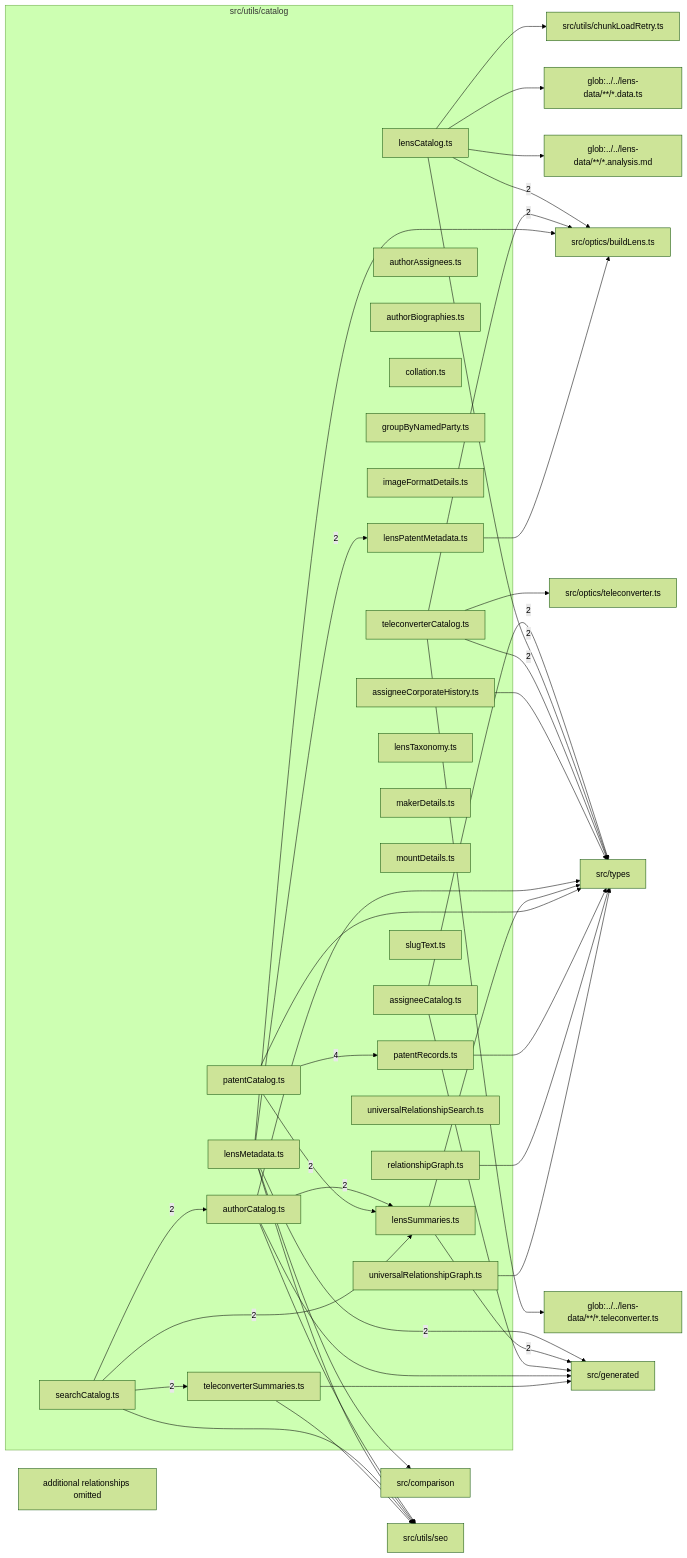
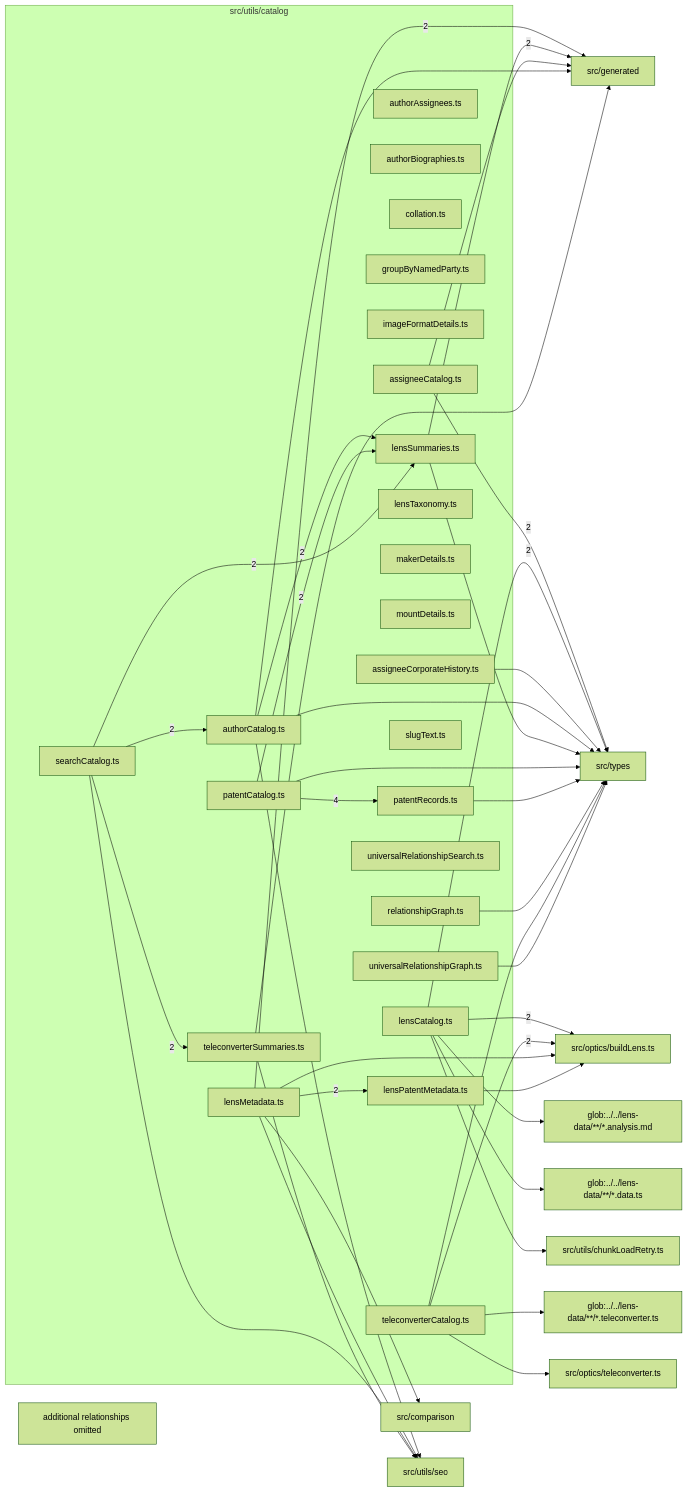
The diagram in src/utils/catalog/readme.md (ronbuening/LensVisualizer), drawn with Mermaid (forest theme) before and after one commit. The commit also changed other lines of this file and 131 other files, not shown here.

````diff
--- a/src/utils/catalog/readme.md
+++ b/src/utils/catalog/readme.md
@@ -9,76 +9,76 @@
 ```mermaid
 flowchart LR
   subgraph n_src_utils_catalog["src/utils/catalog"]
     n_src_utils_catalog_src_utils_catalog_assigneeCatalog_ts["assigneeCatalog.ts"]
     n_src_utils_catalog_src_utils_catalog_assigneeCorporateHistory_ts["assigneeCorporateHistory.ts"]
     n_src_utils_catalog_src_utils_catalog_authorAssignees_ts["authorAssignees.ts"]
     n_src_utils_catalog_src_utils_catalog_authorBiographies_ts["authorBiographies.ts"]
     n_src_utils_catalog_src_utils_catalog_authorCatalog_ts["authorCatalog.ts"]
     n_src_utils_catalog_src_utils_catalog_collation_ts["collation.ts"]
     n_src_utils_catalog_src_utils_catalog_groupByNamedParty_ts["groupByNamedParty.ts"]
     n_src_utils_catalog_src_utils_catalog_imageFormatDetails_ts["imageFormatDetails.ts"]
     n_src_utils_catalog_src_utils_catalog_lensCatalog_ts["lensCatalog.ts"]
     n_src_utils_catalog_src_utils_catalog_lensMetadata_ts["lensMetadata.ts"]
     n_src_utils_catalog_src_utils_catalog_lensPatentMetadata_ts["lensPatentMetadata.ts"]
     n_src_utils_catalog_src_utils_catalog_lensSummaries_ts["lensSummaries.ts"]
     n_src_utils_catalog_src_utils_catalog_lensTaxonomy_ts["lensTaxonomy.ts"]
     n_src_utils_catalog_src_utils_catalog_makerDetails_ts["makerDetails.ts"]
     n_src_utils_catalog_src_utils_catalog_mountDetails_ts["mountDetails.ts"]
     n_src_utils_catalog_src_utils_catalog_patentCatalog_ts["patentCatalog.ts"]
     n_src_utils_catalog_src_utils_catalog_patentRecords_ts["patentRecords.ts"]
     n_src_utils_catalog_src_utils_catalog_relationshipGraph_ts["relationshipGraph.ts"]
     n_src_utils_catalog_src_utils_catalog_searchCatalog_ts["searchCatalog.ts"]
     n_src_utils_catalog_src_utils_catalog_slugText_ts["slugText.ts"]
     n_src_utils_catalog_src_utils_catalog_teleconverterCatalog_ts["teleconverterCatalog.ts"]
     n_src_utils_catalog_src_utils_catalog_teleconverterSummaries_ts["teleconverterSummaries.ts"]
     n_src_utils_catalog_src_utils_catalog_universalRelationshipGraph_ts["universalRelationshipGraph.ts"]
     n_src_utils_catalog_src_utils_catalog_universalRelationshipSearch_ts["universalRelationshipSearch.ts"]
   end
   n_external_src_generated["src/generated"]
   n_external_src_optics_buildLens_ts["src/optics/buildLens.ts"]
   n_external_src_types["src/types"]
   n_external_glob_______lens_data______analysis_md["glob:../../lens-data/**/*.analysis.md"]
   n_external_glob_______lens_data______data_ts["glob:../../lens-data/**/*.data.ts"]
   n_external_glob_______lens_data______teleconverter_ts["glob:../../lens-data/**/*.teleconverter.ts"]
   n_external_src_comparison["src/comparison"]
   n_external_src_optics_teleconverter_ts["src/optics/teleconverter.ts"]
   n_external_src_utils_chunkLoadRetry_ts["src/utils/chunkLoadRetry.ts"]
   n_external_src_utils_seo["src/utils/seo"]
   n_src_utils_catalog_src_utils_catalog_patentCatalog_ts --> |4| n_src_utils_catalog_src_utils_catalog_patentRecords_ts
   n_src_utils_catalog_src_utils_catalog_lensMetadata_ts --> |2| n_external_src_generated
   n_src_utils_catalog_src_utils_catalog_lensSummaries_ts --> |2| n_external_src_generated
   n_src_utils_catalog_src_utils_catalog_lensCatalog_ts --> |2| n_external_src_optics_buildLens_ts
   n_src_utils_catalog_src_utils_catalog_teleconverterCatalog_ts --> |2| n_external_src_optics_buildLens_ts
   n_src_utils_catalog_src_utils_catalog_assigneeCatalog_ts --> |2| n_external_src_types
   n_src_utils_catalog_src_utils_catalog_lensCatalog_ts --> |2| n_external_src_types
-  n_src_utils_catalog_src_utils_catalog_teleconverterCatalog_ts --> |2| n_external_src_types
   n_src_utils_catalog_src_utils_catalog_searchCatalog_ts --> |2| n_src_utils_catalog_src_utils_catalog_authorCatalog_ts
   n_src_utils_catalog_src_utils_catalog_lensMetadata_ts --> |2| n_src_utils_catalog_src_utils_catalog_lensPatentMetadata_ts
   n_src_utils_catalog_src_utils_catalog_authorCatalog_ts --> |2| n_src_utils_catalog_src_utils_catalog_lensSummaries_ts
   n_src_utils_catalog_src_utils_catalog_patentCatalog_ts --> |2| n_src_utils_catalog_src_utils_catalog_lensSummaries_ts
   n_src_utils_catalog_src_utils_catalog_searchCatalog_ts --> |2| n_src_utils_catalog_src_utils_catalog_lensSummaries_ts
   n_src_utils_catalog_src_utils_catalog_searchCatalog_ts --> |2| n_src_utils_catalog_src_utils_catalog_teleconverterSummaries_ts
   n_src_utils_catalog_src_utils_catalog_lensCatalog_ts --> n_external_glob_______lens_data______analysis_md
   n_src_utils_catalog_src_utils_catalog_lensCatalog_ts --> n_external_glob_______lens_data______data_ts
   n_src_utils_catalog_src_utils_catalog_teleconverterCatalog_ts --> n_external_glob_______lens_data______teleconverter_ts
   n_src_utils_catalog_src_utils_catalog_lensMetadata_ts --> n_external_src_comparison
   n_src_utils_catalog_src_utils_catalog_assigneeCatalog_ts --> n_external_src_generated
   n_src_utils_catalog_src_utils_catalog_authorCatalog_ts --> n_external_src_generated
   n_src_utils_catalog_src_utils_catalog_teleconverterSummaries_ts --> n_external_src_generated
   n_src_utils_catalog_src_utils_catalog_lensMetadata_ts --> n_external_src_optics_buildLens_ts
   n_src_utils_catalog_src_utils_catalog_lensPatentMetadata_ts --> n_external_src_optics_buildLens_ts
   n_src_utils_catalog_src_utils_catalog_teleconverterCatalog_ts --> n_external_src_optics_teleconverter_ts
   n_src_utils_catalog_src_utils_catalog_assigneeCorporateHistory_ts --> n_external_src_types
   n_src_utils_catalog_src_utils_catalog_authorCatalog_ts --> n_external_src_types
   n_src_utils_catalog_src_utils_catalog_lensSummaries_ts --> n_external_src_types
   n_src_utils_catalog_src_utils_catalog_patentCatalog_ts --> n_external_src_types
   n_src_utils_catalog_src_utils_catalog_patentRecords_ts --> n_external_src_types
   n_src_utils_catalog_src_utils_catalog_relationshipGraph_ts --> n_external_src_types
+  n_src_utils_catalog_src_utils_catalog_teleconverterCatalog_ts --> n_external_src_types
   n_src_utils_catalog_src_utils_catalog_universalRelationshipGraph_ts --> n_external_src_types
   n_src_utils_catalog_src_utils_catalog_lensCatalog_ts --> n_external_src_utils_chunkLoadRetry_ts
   n_src_utils_catalog_src_utils_catalog_authorCatalog_ts --> n_external_src_utils_seo
   n_src_utils_catalog_src_utils_catalog_lensMetadata_ts --> n_external_src_utils_seo
   n_src_utils_catalog_src_utils_catalog_searchCatalog_ts --> n_external_src_utils_seo
   n_src_utils_catalog_src_utils_catalog_teleconverterSummaries_ts --> n_external_src_utils_seo
   n_src_utils_catalog_truncated["additional relationships omitted"]
 ```
````
